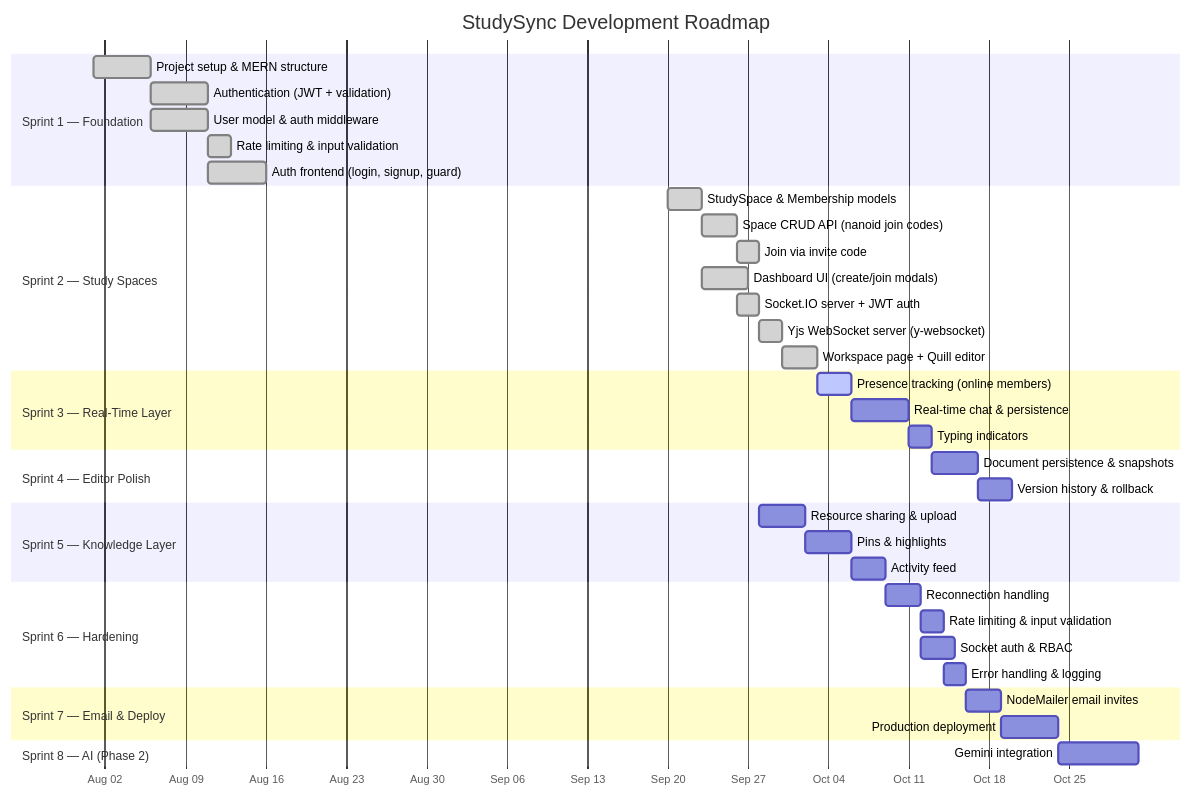
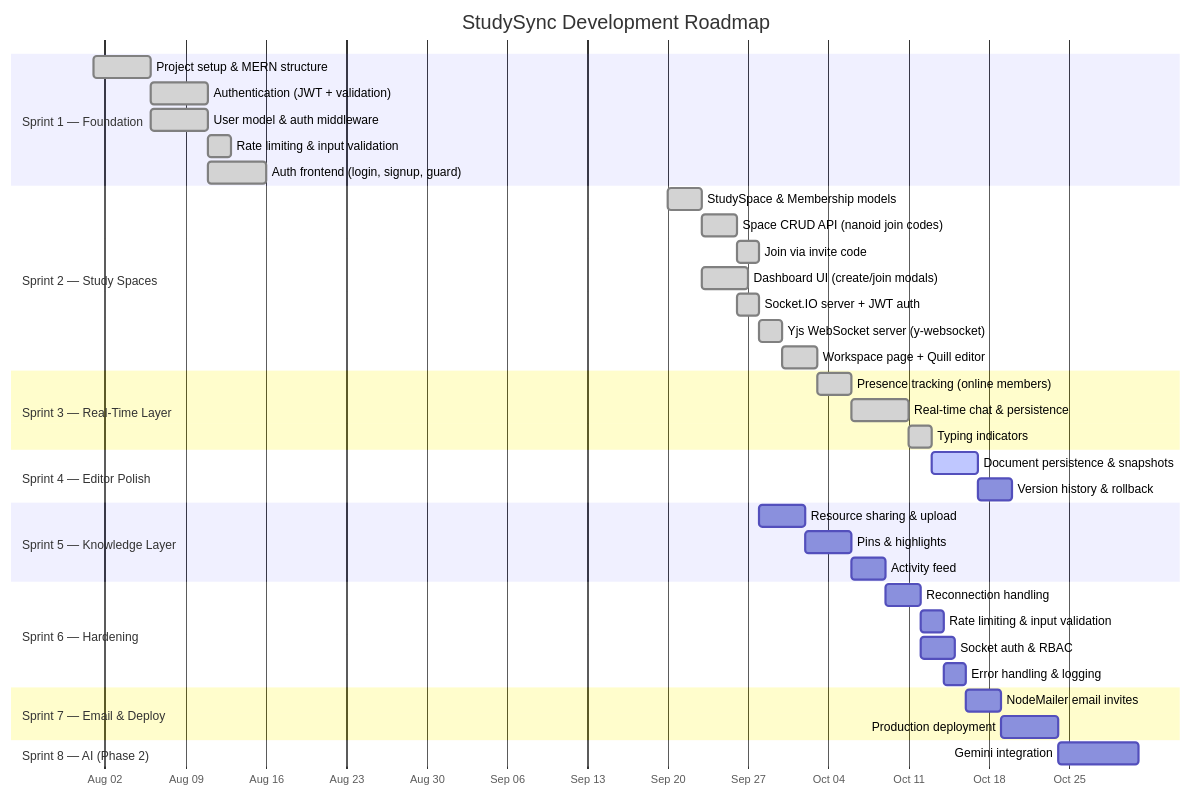
Diagram 17 of 19 in README.md (Priyansh9506/Hive), drawn with Mermaid before and after one commit. The commit also changed 13 other files, not shown here.

First line of the commit message:
feat: add real-time chat, space edit/delete, and socket improvements

````diff
--- a/README.md
+++ b/README.md
@@ -1053,49 +1053,49 @@
 ```mermaid
 gantt
     title StudySync Development Roadmap
     dateFormat YYYY-MM-DD
     axisFormat %b %d
 
     section Sprint 1 — Foundation
     Project setup & MERN structure       :done, s1a, 2026-08-01, 5d
     Authentication (JWT + validation)    :done, s1b, after s1a, 5d
     User model & auth middleware         :done, s1c, after s1a, 5d
     Rate limiting & input validation     :done, s1d, after s1c, 2d
     Auth frontend (login, signup, guard) :done, s1e, after s1b, 5d
 
     section Sprint 2 — Study Spaces
     StudySpace & Membership models       :done, s2a, 2026-09-20, 3d
     Space CRUD API (nanoid join codes)   :done, s2b, after s2a, 3d
     Join via invite code                 :done, s2c, after s2b, 2d
     Dashboard UI (create/join modals)    :done, s2d, after s2a, 4d
     Socket.IO server + JWT auth          :done, s2e, after s2b, 2d
     Yjs WebSocket server (y-websocket)   :done, s2f, after s2e, 2d
     Workspace page + Quill editor        :done, s2g, after s2f, 3d
 
     section Sprint 3 — Real-Time Layer
-    Presence tracking (online members)   :active, s3a, after s2g, 3d
-    Real-time chat & persistence         :s3b, after s3a, 5d
-    Typing indicators                    :s3c, after s3b, 2d
+    Presence tracking (online members)   :done, s3a, after s2g, 3d
+    Real-time chat & persistence         :done, s3b, after s3a, 5d
+    Typing indicators                    :done, s3c, after s3b, 2d
 
     section Sprint 4 — Editor Polish
-    Document persistence & snapshots     :s4a, after s3c, 4d
+    Document persistence & snapshots     :active, s4a, after s3c, 4d
     Version history & rollback           :s4b, after s4a, 3d
 
     section Sprint 5 — Knowledge Layer
     Resource sharing & upload            :s5a, after s4c, 4d
     Pins & highlights                    :s5b, after s5a, 4d
     Activity feed                        :s5c, after s5b, 3d
 
     section Sprint 6 — Hardening
     Reconnection handling                :s6a, after s5c, 3d
     Rate limiting & input validation     :s6b, after s6a, 2d
     Socket auth & RBAC                   :s6c, after s6a, 3d
     Error handling & logging             :s6d, after s6b, 2d
 
     section Sprint 7 — Email & Deploy
     NodeMailer email invites             :s7a, after s6d, 3d
     Production deployment                :s7b, after s7a, 5d
 
     section Sprint 8 — AI (Phase 2)
     Gemini integration                   :s8a, after s7b, 7d
 ```
````
